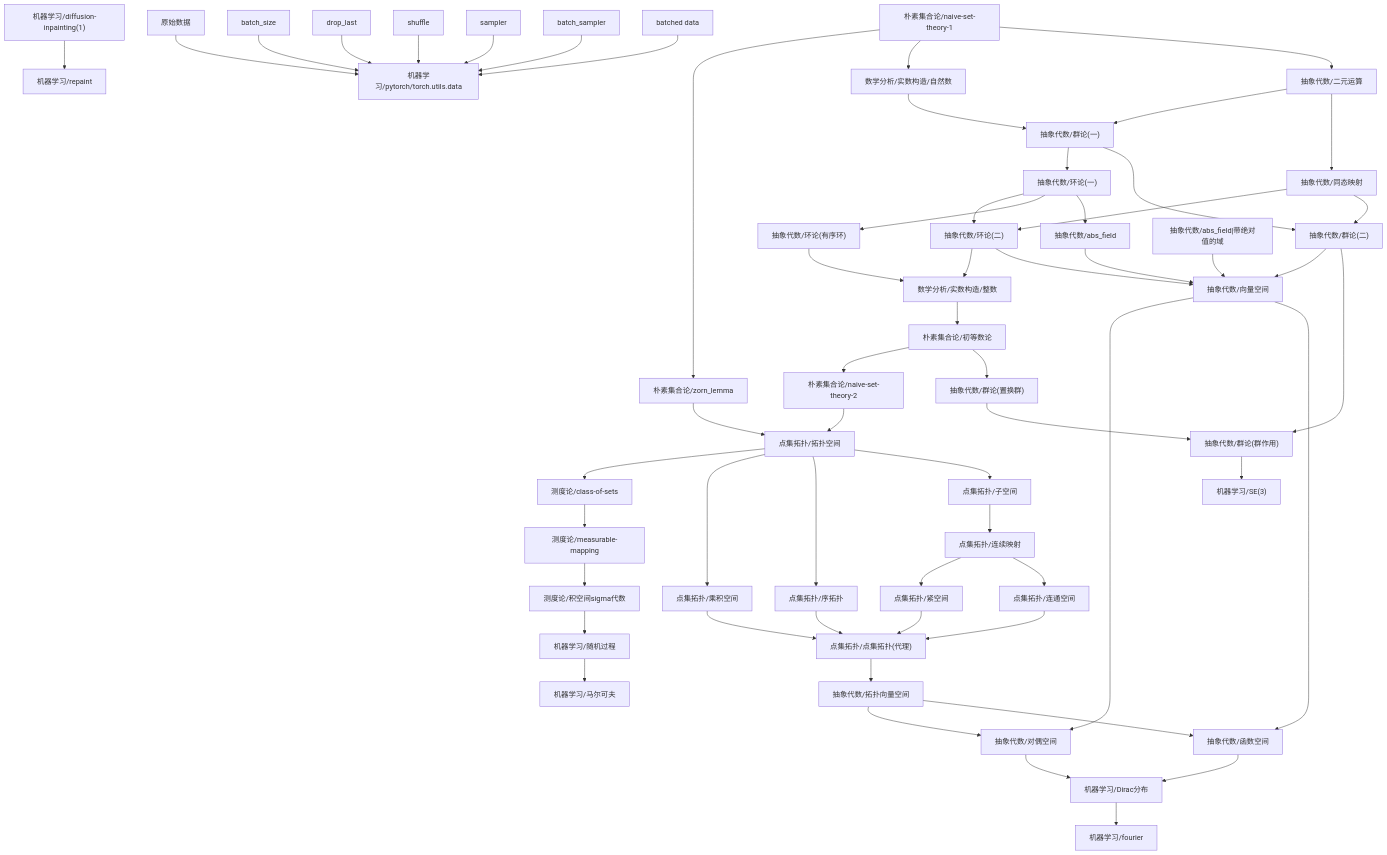
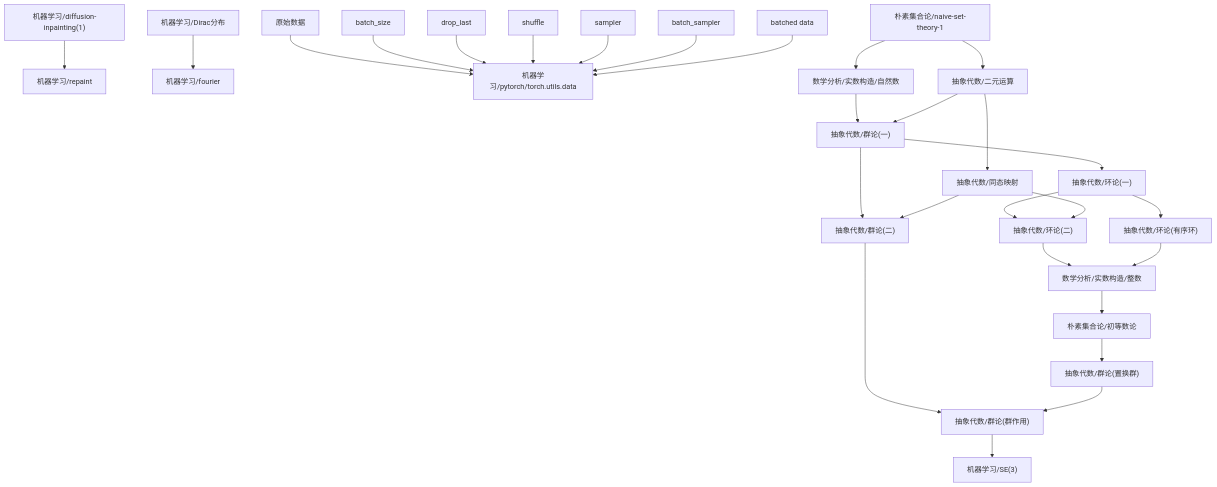
Before and after one commit to zengls3186428803/zengls3186428803.github.io: the diagram in content/机器学习/dependency_graph.md, drawn with Mermaid. The commit also changed 13 other files, not shown here.

````diff
--- a/content/机器学习/dependency_graph.md
+++ b/content/机器学习/dependency_graph.md
@@ -1,61 +1,30 @@
 ```mermaid
 graph TD
 1["机器学习/diffusion-inpainting(1)"] --> 0["机器学习/repaint"]
 3["抽象代数/群论(群作用)"] --> 2["机器学习/SE(3)"]
 5["机器学习/Dirac分布"] --> 4["机器学习/fourier"]
-8["机器学习/随机过程"] --> 7["机器学习/马尔可夫"]
-9["抽象代数/对偶空间"] --> 5["机器学习/Dirac分布"]
-10["抽象代数/函数空间"] --> 5["机器学习/Dirac分布"]
-11["测度论/积空间sigma代数"] --> 8["机器学习/随机过程"]
-13["原始数据"] --> 12["机器学习/pytorch/torch.utils.data"]
-14["batch_size"] --> 12["机器学习/pytorch/torch.utils.data"]
-15["drop_last"] --> 12["机器学习/pytorch/torch.utils.data"]
-16["shuffle"] --> 12["机器学习/pytorch/torch.utils.data"]
-17["sampler"] --> 12["机器学习/pytorch/torch.utils.data"]
-18["batch_sampler"] --> 12["机器学习/pytorch/torch.utils.data"]
-19["batched data"] --> 12["机器学习/pytorch/torch.utils.data"]
-20["测度论/measurable-mapping"] --> 11["测度论/积空间sigma代数"]
-21["测度论/class-of-sets"] --> 20["测度论/measurable-mapping"]
-22["点集拓扑/拓扑空间"] --> 21["测度论/class-of-sets"]
-23["朴素集合论/naive-set-theory-2"] --> 22["点集拓扑/拓扑空间"]
-24["朴素集合论/zorn_lemma"] --> 22["点集拓扑/拓扑空间"]
-25["朴素集合论/初等数论"] --> 23["朴素集合论/naive-set-theory-2"]
-26["朴素集合论/naive-set-theory-1"] --> 24["朴素集合论/zorn_lemma"]
-27["数学分析/实数构造/整数"] --> 25["朴素集合论/初等数论"]
-28["抽象代数/环论(二)"] --> 27["数学分析/实数构造/整数"]
-29["抽象代数/环论(有序环)"] --> 27["数学分析/实数构造/整数"]
-30["抽象代数/环论(一)"] --> 28["抽象代数/环论(二)"]
-31["抽象代数/同态映射"] --> 28["抽象代数/环论(二)"]
-30["抽象代数/环论(一)"] --> 29["抽象代数/环论(有序环)"]
-32["抽象代数/群论(一)"] --> 30["抽象代数/环论(一)"]
-33["数学分析/实数构造/自然数"] --> 32["抽象代数/群论(一)"]
-34["抽象代数/二元运算"] --> 32["抽象代数/群论(一)"]
-26["朴素集合论/naive-set-theory-1"] --> 33["数学分析/实数构造/自然数"]
-26["朴素集合论/naive-set-theory-1"] --> 34["抽象代数/二元运算"]
-34["抽象代数/二元运算"] --> 31["抽象代数/同态映射"]
-35["抽象代数/向量空间"] --> 9["抽象代数/对偶空间"]
-36["抽象代数/拓扑向量空间"] --> 9["抽象代数/对偶空间"]
-35["抽象代数/向量空间"] --> 10["抽象代数/函数空间"]
-36["抽象代数/拓扑向量空间"] --> 10["抽象代数/函数空间"]
-37["抽象代数/群论(二)"] --> 35["抽象代数/向量空间"]
-28["抽象代数/环论(二)"] --> 35["抽象代数/向量空间"]
-38["抽象代数/abs_field"] --> 35["抽象代数/向量空间"]
-39["抽象代数/abs_field|带绝对值的域"] --> 35["抽象代数/向量空间"]
-40["点集拓扑/点集拓扑(代理)"] --> 36["抽象代数/拓扑向量空间"]
-41["点集拓扑/紧空间"] --> 40["点集拓扑/点集拓扑(代理)"]
-42["点集拓扑/连通空间"] --> 40["点集拓扑/点集拓扑(代理)"]
-43["点集拓扑/乘积空间"] --> 40["点集拓扑/点集拓扑(代理)"]
-44["点集拓扑/序拓扑"] --> 40["点集拓扑/点集拓扑(代理)"]
-45["点集拓扑/连续映射"] --> 41["点集拓扑/紧空间"]
-45["点集拓扑/连续映射"] --> 42["点集拓扑/连通空间"]
-22["点集拓扑/拓扑空间"] --> 43["点集拓扑/乘积空间"]
-22["点集拓扑/拓扑空间"] --> 44["点集拓扑/序拓扑"]
-46["点集拓扑/子空间"] --> 45["点集拓扑/连续映射"]
-22["点集拓扑/拓扑空间"] --> 46["点集拓扑/子空间"]
-32["抽象代数/群论(一)"] --> 37["抽象代数/群论(二)"]
-31["抽象代数/同态映射"] --> 37["抽象代数/群论(二)"]
-30["抽象代数/环论(一)"] --> 38["抽象代数/abs_field"]
-37["抽象代数/群论(二)"] --> 3["抽象代数/群论(群作用)"]
-47["抽象代数/群论(置换群)"] --> 3["抽象代数/群论(群作用)"]
-25["朴素集合论/初等数论"] --> 47["抽象代数/群论(置换群)"]
+8["原始数据"] --> 7["机器学习/pytorch/torch.utils.data"]
+9["batch_size"] --> 7["机器学习/pytorch/torch.utils.data"]
+10["drop_last"] --> 7["机器学习/pytorch/torch.utils.data"]
+11["shuffle"] --> 7["机器学习/pytorch/torch.utils.data"]
+12["sampler"] --> 7["机器学习/pytorch/torch.utils.data"]
+13["batch_sampler"] --> 7["机器学习/pytorch/torch.utils.data"]
+14["batched data"] --> 7["机器学习/pytorch/torch.utils.data"]
+15["抽象代数/群论(二)"] --> 3["抽象代数/群论(群作用)"]
+16["抽象代数/群论(置换群)"] --> 3["抽象代数/群论(群作用)"]
+17["抽象代数/群论(一)"] --> 15["抽象代数/群论(二)"]
+18["抽象代数/同态映射"] --> 15["抽象代数/群论(二)"]
+19["朴素集合论/初等数论"] --> 16["抽象代数/群论(置换群)"]
+20["数学分析/实数构造/整数"] --> 19["朴素集合论/初等数论"]
+21["抽象代数/环论(二)"] --> 20["数学分析/实数构造/整数"]
+22["抽象代数/环论(有序环)"] --> 20["数学分析/实数构造/整数"]
+23["抽象代数/环论(一)"] --> 21["抽象代数/环论(二)"]
+18["抽象代数/同态映射"] --> 21["抽象代数/环论(二)"]
+23["抽象代数/环论(一)"] --> 22["抽象代数/环论(有序环)"]
+17["抽象代数/群论(一)"] --> 23["抽象代数/环论(一)"]
+24["数学分析/实数构造/自然数"] --> 17["抽象代数/群论(一)"]
+25["抽象代数/二元运算"] --> 17["抽象代数/群论(一)"]
+26["朴素集合论/naive-set-theory-1"] --> 24["数学分析/实数构造/自然数"]
+26["朴素集合论/naive-set-theory-1"] --> 25["抽象代数/二元运算"]
+25["抽象代数/二元运算"] --> 18["抽象代数/同态映射"]
 ```
````
